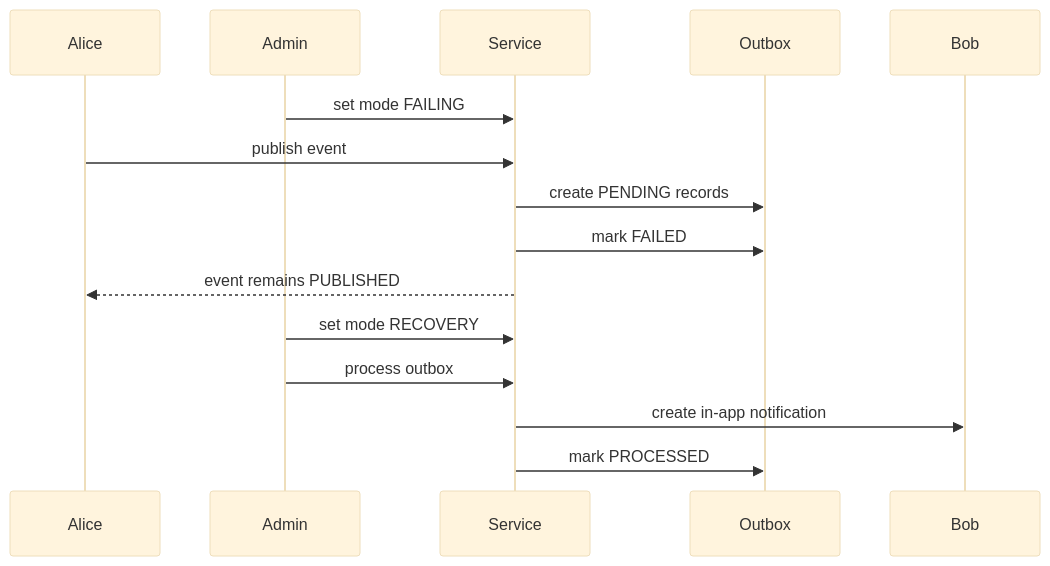
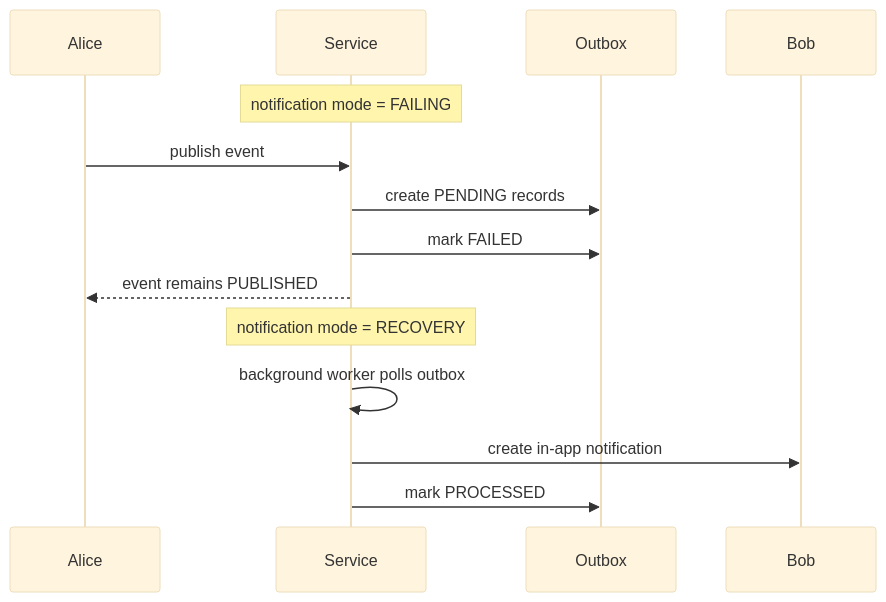
Before and after one commit to dmgoldberg1/Gatherly: the third of 3 diagrams in docs/sequence-diagram.md, drawn with Mermaid (base theme). The commit also changed 9 other files, not shown here.

````diff
--- a/docs/sequence-diagram.md
+++ b/docs/sequence-diagram.md
@@ -39,18 +39,17 @@
 ```mermaid
 sequenceDiagram
     participant Alice
-    participant Admin
     participant Service
     participant Outbox
     participant Bob
 
-    Admin->>Service: set mode FAILING
+    Note over Service: notification mode = FAILING
     Alice->>Service: publish event
     Service->>Outbox: create PENDING records
     Service->>Outbox: mark FAILED
     Service-->>Alice: event remains PUBLISHED
-    Admin->>Service: set mode RECOVERY
-    Admin->>Service: process outbox
+    Note over Service: notification mode = RECOVERY
+    Service->>Service: background worker polls outbox
     Service->>Bob: create in-app notification
     Service->>Outbox: mark PROCESSED
 ```
````
